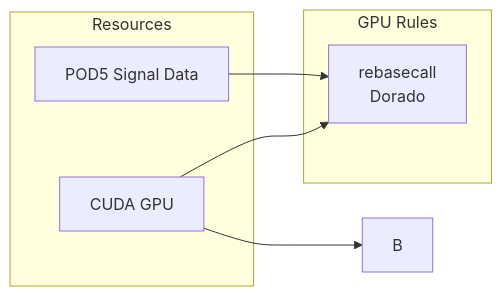
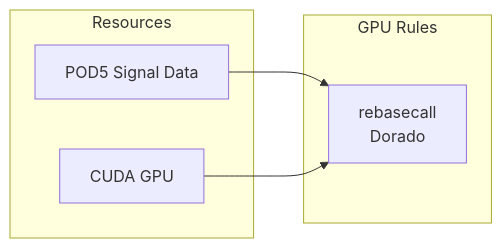
One commit to rnabioco/aa-tRNA-seq-pipeline changed the diagram in docs/cluster/gpu-configuration.md. Above: the diagram before and after it, drawn with Mermaid. The commit also changed 4 other files, not shown here.

Commit message:
docs: reconnect the mermaid diagrams orphaned by the transfer_bam_tags removal (#118)

````diff
--- a/docs/cluster/gpu-configuration.md
+++ b/docs/cluster/gpu-configuration.md
@@ -23,15 +23,14 @@
 ```mermaid
 flowchart LR
     subgraph GPU Rules
         A[rebasecall<br/>Dorado]
     end
 
     subgraph Resources
         C[POD5 Signal Data]
         D[CUDA GPU]
     end
 
     C --> A
     D --> A
-    D --> B
 ```
````
